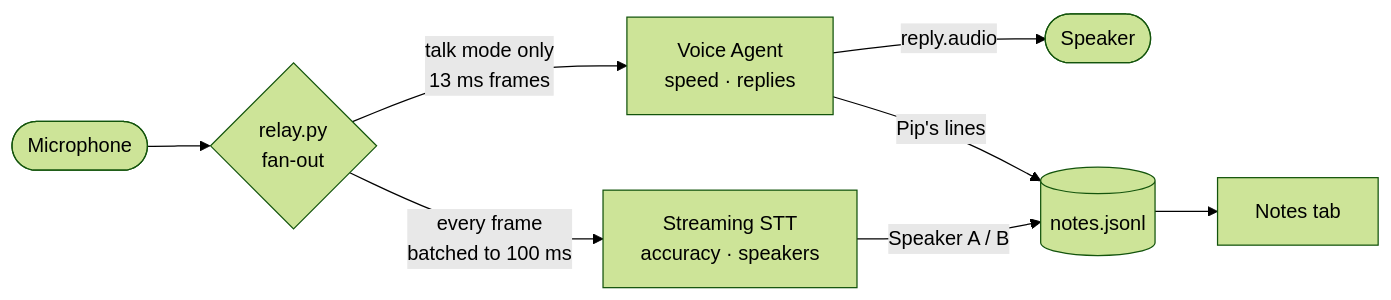
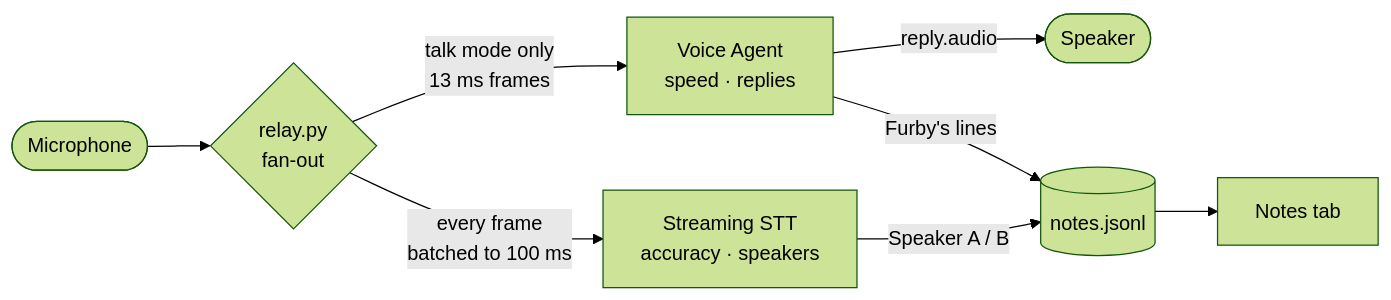
One commit to happyBlairWang/Hardware-VoiceAgent-Night changed the diagram in workshop/phase-3-agent-and-notes.md. Above: the diagram before and after it, drawn with Mermaid (forest theme). The commit also changed other lines of this file and 3 other files, not shown here.

````diff
--- a/workshop/phase-3-agent-and-notes.md
+++ b/workshop/phase-3-agent-and-notes.md
@@ -6,10 +6,10 @@
 ```mermaid
 flowchart LR
     mic([Microphone]) --> relay{relay.py<br/>fan-out}
     relay -- every frame<br/>batched to 100 ms --> S[Streaming STT<br/>accuracy · speakers]
     relay -- talk mode only<br/>13 ms frames --> A[Voice Agent<br/>speed · replies]
     A -- reply.audio --> spk([Speaker])
     S -- Speaker A / B --> notes[(notes.jsonl)]
-    A -- Pip's lines --> notes
+    A -- Furby's lines --> notes
     notes --> web[Notes tab]
 ```
````
